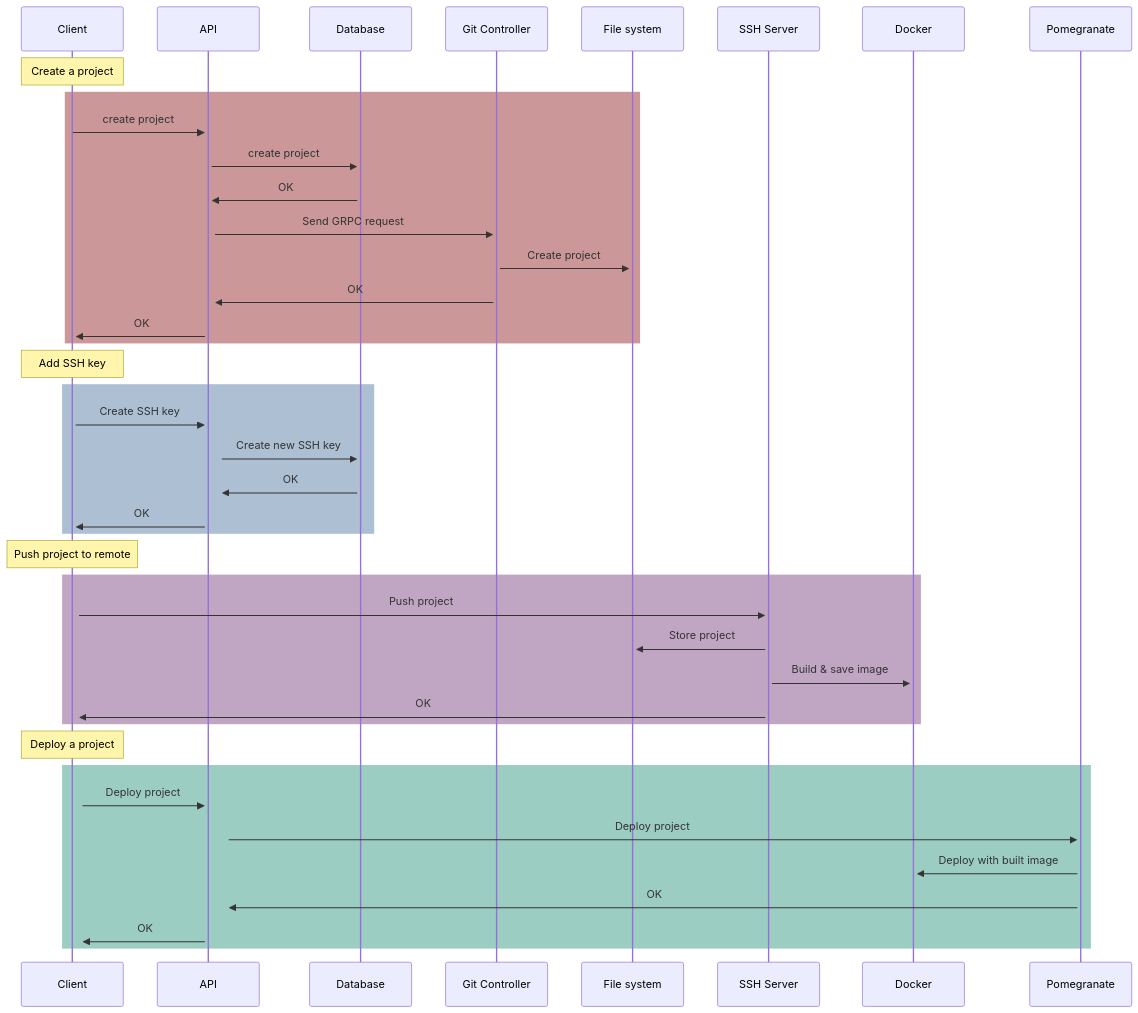
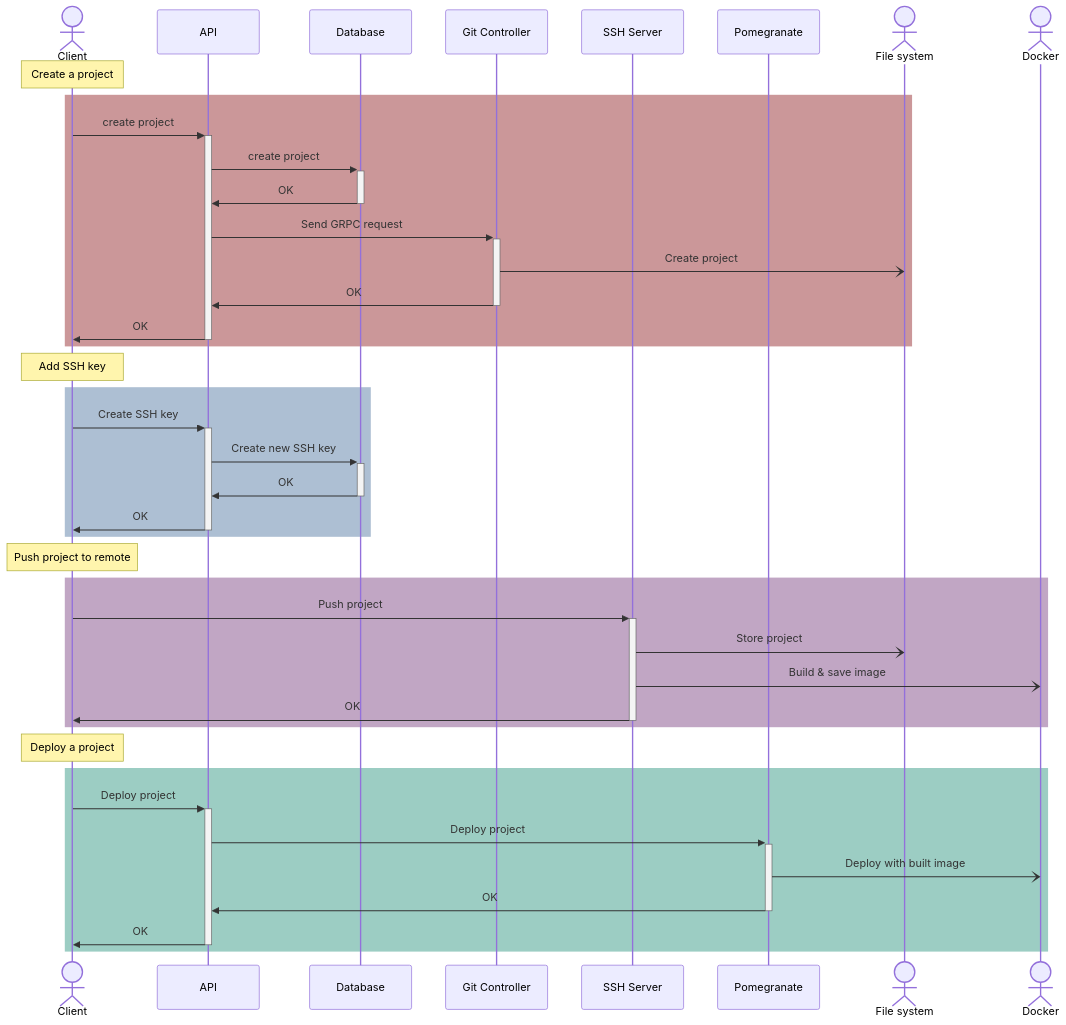
One commit to paastech-cloud/docs changed the second of 6 diagrams in Architecture.md. Above: the diagram before and after it, drawn with Mermaid.

Commit message:
refactor(interaction): make the diagram better

````diff
--- a/Architecture.md
+++ b/Architecture.md
@@ -133,35 +133,47 @@
 ```mermaid
 sequenceDiagram
-    note over Client: Create a project
+    actor c as Client
+    participant api as API
+    participant db as Database
+    participant git as Git Controller
+    participant ssh as SSH Server
+    participant pom as Pomegranate
+    actor fs as File system
+    actor docker as Docker
+
+    note over c: Create a project
     rect rgba(181, 107, 110, 0.7)
-    Client->>+API: create project
-    API->>+Database: create project
-    Database->>+API: OK
-    API->>+Git Controller: Send GRPC request
-    Git Controller->>+File system: Create project
-    Git Controller->>+API: OK
-    API->>+Client: OK
+        c ->>+ api: create project
+        api ->>+ db: create project
+        db ->>- api: OK
+        api ->>+ git: Send GRPC request
+        git -) fs: Create project
+        git ->>- api: OK
+        api ->>- c: OK
     end
-    note over Client: Add SSH key
+
+    note over c: Add SSH key
     rect rgba(139, 164, 193, 0.7)
-    Client->>+API: Create SSH key
-    API->>+Database: Create new SSH key
-    Database->>+API: OK
-    API->>+Client: OK
+        c ->>+ api: Create SSH key
+        api ->>+ db: Create new SSH key
+        db ->>- api: OK
+        api ->>- c: OK
     end
-    note over Client: Push project to remote
+
+    note over c: Push project to remote
     rect rgba(167, 129, 171, 0.7)
-    Client->>+SSH Server: Push project
-    SSH Server->>+File system: Store project
-    SSH Server->>+Docker: Build & save image
-    SSH Server->>+ Client: OK
+        c ->>+ ssh: Push project
+        ssh -) fs: Store project
+        ssh -) docker: Build & save image
+        ssh ->>- c: OK
     end
-    note over Client: Deploy a project
+
+    note over c: Deploy a project
     rect rgba(115, 184, 170, 0.7)
-    Client->>+API: Deploy project
-    API->>+Pomegranate: Deploy project
-    Pomegranate->>+Docker: Deploy with built image
-    Pomegranate->>+API: OK
-    API->>+Client: OK
+        c ->>+ api: Deploy project
+        api ->>+ pom: Deploy project
+        pom -) docker: Deploy with built image
+        pom ->>- api: OK
+        api ->>- c: OK
     end
 ```
````
